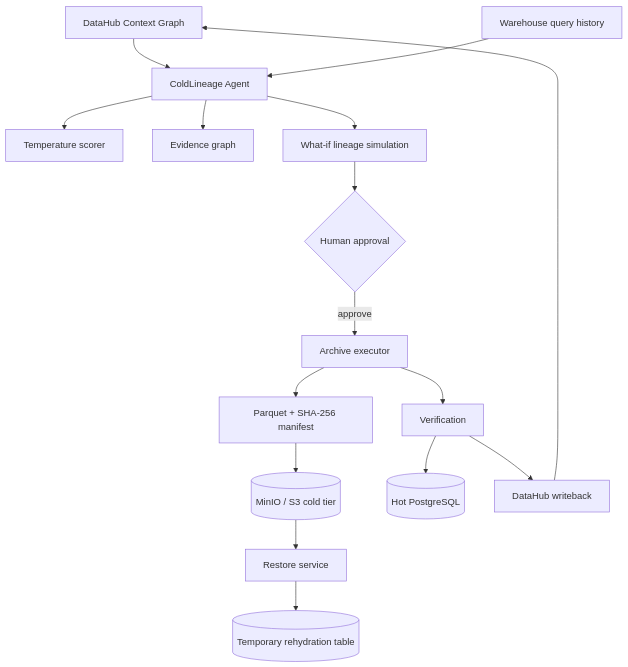
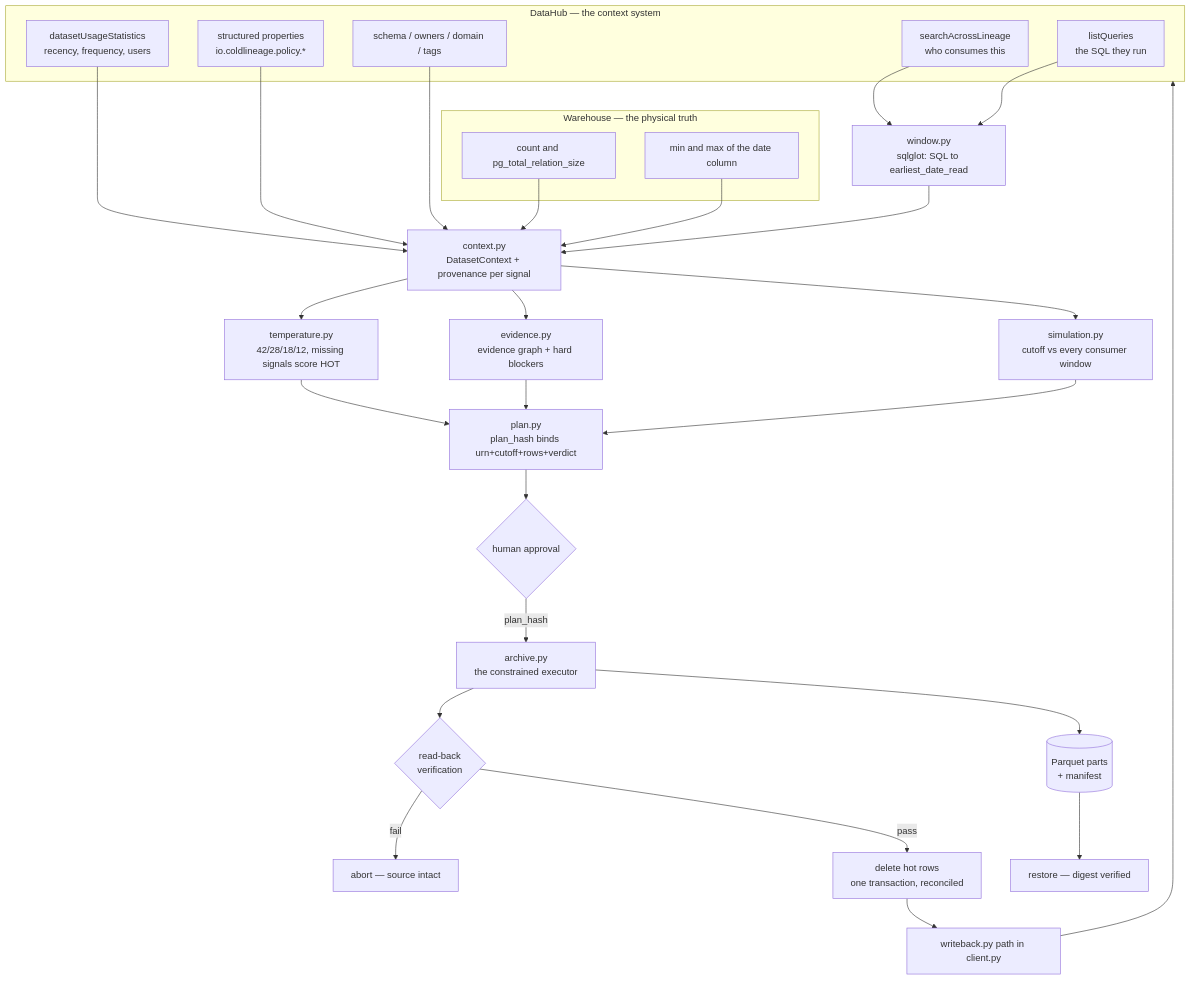
Before and after one commit to Abhinav0905/ColdLineage: the diagram in ARCHITECTURE.md, drawn with Mermaid. The commit also changed other lines of this file and 10 other files, not shown here.

````diff
--- a/ARCHITECTURE.md
+++ b/ARCHITECTURE.md
@@ -3,18 +13,35 @@
 ```mermaid
 flowchart TD
-  DH[DataHub Context Graph] --> A[ColdLineage Agent]
-  QH[Warehouse query history] --> A
-  A --> T[Temperature scorer]
-  A --> E[Evidence graph]
-  A --> S[What-if lineage simulation]
-  S --> H{Human approval}
-  H -->|approve| X[Archive executor]
-  X --> P[Parquet + SHA-256 manifest]
-  P --> M[(MinIO / S3 cold tier)]
-  X --> V[Verification]
-  V --> D[(Hot PostgreSQL)]
-  V --> W[DataHub writeback]
-  M --> R[Restore service]
-  R --> D2[(Temporary rehydration table)]
-  W --> DH
+  subgraph DH["DataHub — the context system"]
+    L[searchAcrossLineage<br/>who consumes this]
+    Q[listQueries<br/>the SQL they run]
+    U[datasetUsageStatistics<br/>recency, frequency, users]
+    P[structured properties<br/>io.coldlineage.policy.*]
+    E[schema / owners / domain / tags]
+  end
+
+  subgraph WH["Warehouse — the physical truth"]
+    C[count and pg_total_relation_size]
+    S[min and max of the date column]
+  end
+
+  L & Q --> W[window.py<br/>sqlglot: SQL to earliest_date_read]
+  U & P & E & C & S --> CX[context.py<br/>DatasetContext + provenance per signal]
+  W --> CX
+
+  CX --> T[temperature.py<br/>42/28/18/12, missing signals score HOT]
+  CX --> EV[evidence.py<br/>evidence graph + hard blockers]
+  CX --> SIM[simulation.py<br/>cutoff vs every consumer window]
+
+  T & EV & SIM --> PL[plan.py<br/>plan_hash binds urn+cutoff+rows+verdict]
+  PL --> HU{human approval}
+  HU -->|plan_hash| AR[archive.py<br/>the constrained executor]
+
+  AR --> V{read-back<br/>verification}
+  V -->|fail| AB[abort — source intact]
+  V -->|pass| DEL[delete hot rows<br/>one transaction, reconciled]
+  DEL --> WB[writeback.py path in client.py]
+  WB --> DH
+  AR --> OBJ[(Parquet parts<br/>+ manifest)]
+  OBJ --> RS[restore — digest verified]
 ```
````
